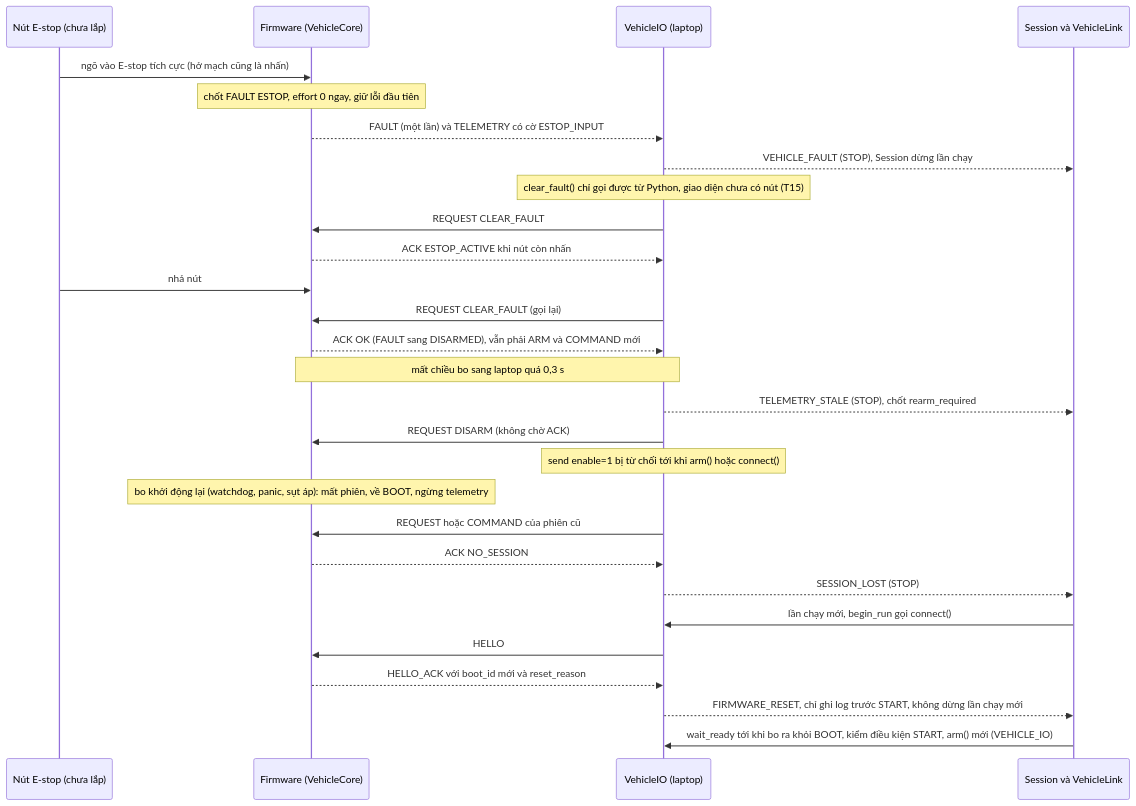
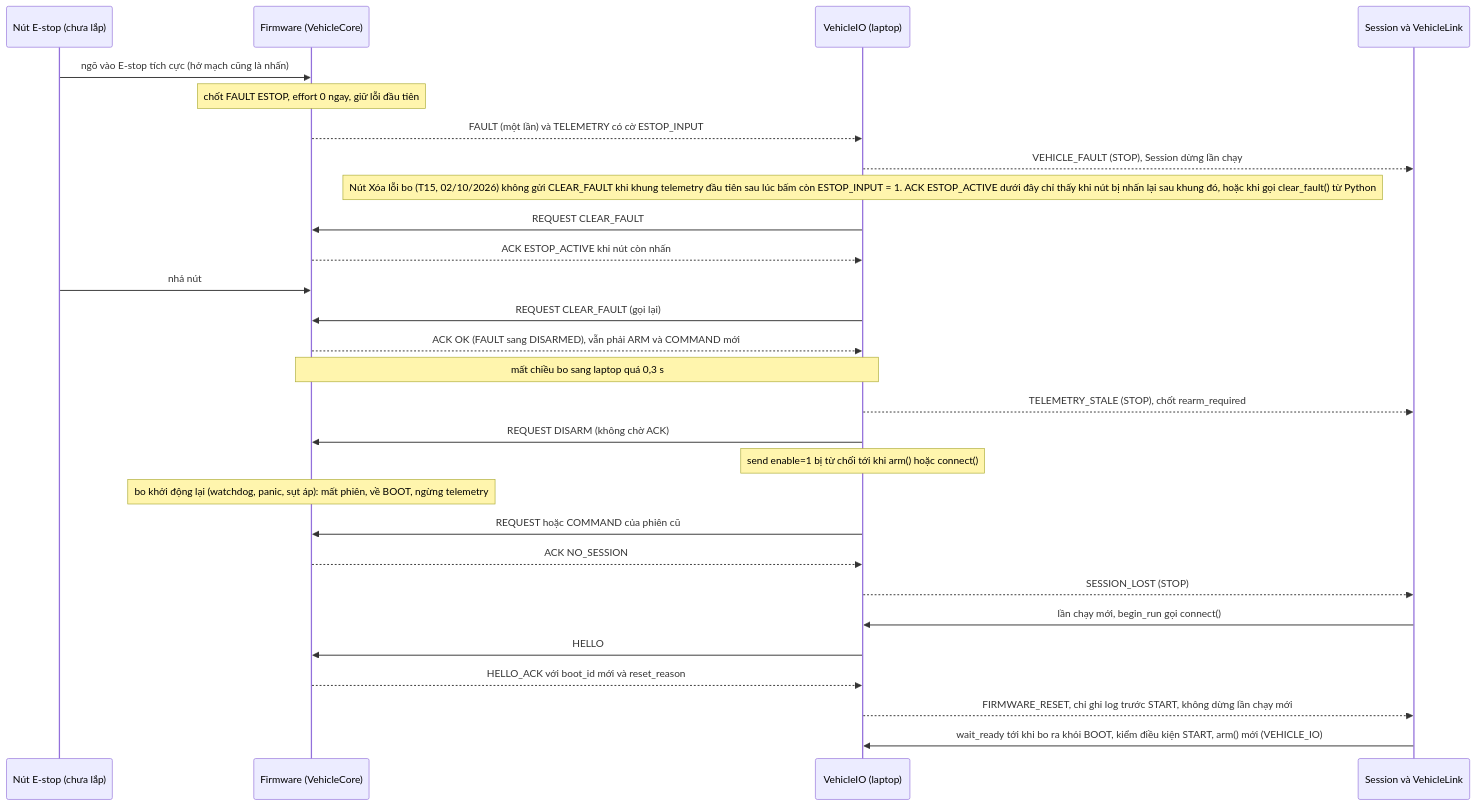
Diagram 35 of 49 in autopark/docs/SO_DO_HE_THONG.md (thbn12082/autopark), drawn with Mermaid before and after one commit. The commit also changed other lines of this file and 82 other files, not shown here.

````diff
--- a/autopark/docs/SO_DO_HE_THONG.md
+++ b/autopark/docs/SO_DO_HE_THONG.md
@@ -1841,30 +1970,30 @@
 ```mermaid
 sequenceDiagram
     participant N as Nút E-stop (chưa lắp)
     participant B as Firmware (VehicleCore)
     participant IO as VehicleIO (laptop)
     participant S as Session và VehicleLink
     N->>B: ngõ vào E-stop tích cực (hở mạch cũng là nhấn)
     Note over B: chốt FAULT ESTOP, effort 0 ngay, giữ lỗi đầu tiên
     B-->>IO: FAULT (một lần) và TELEMETRY có cờ ESTOP_INPUT
     IO-->>S: VEHICLE_FAULT (STOP), Session dừng lần chạy
-    Note over IO: clear_fault() chỉ gọi được từ Python, giao diện chưa có nút (T15)
+    Note over IO: Nút Xóa lỗi bo (T15, 02/10/2026) không gửi CLEAR_FAULT khi khung telemetry đầu tiên sau lúc bấm còn ESTOP_INPUT = 1. ACK ESTOP_ACTIVE dưới đây chỉ thấy khi nút bị nhấn lại sau khung đó, hoặc khi gọi clear_fault() từ Python
     IO->>B: REQUEST CLEAR_FAULT
     B-->>IO: ACK ESTOP_ACTIVE khi nút còn nhấn
     N->>B: nhả nút
     IO->>B: REQUEST CLEAR_FAULT (gọi lại)
     B-->>IO: ACK OK (FAULT sang DISARMED), vẫn phải ARM và COMMAND mới
     Note over IO,B: mất chiều bo sang laptop quá 0,3 s
     IO-->>S: TELEMETRY_STALE (STOP), chốt rearm_required
     IO->>B: REQUEST DISARM (không chờ ACK)
     Note over IO: send enable=1 bị từ chối tới khi arm() hoặc connect()
     Note over B: bo khởi động lại (watchdog, panic, sụt áp): mất phiên, về BOOT, ngừng telemetry
     IO->>B: REQUEST hoặc COMMAND của phiên cũ
     B-->>IO: ACK NO_SESSION
     IO-->>S: SESSION_LOST (STOP)
     S->>IO: lần chạy mới, begin_run gọi connect()
     IO->>B: HELLO
     B-->>IO: HELLO_ACK với boot_id mới và reset_reason
     IO-->>S: FIRMWARE_RESET, chỉ ghi log trước START, không dừng lần chạy mới
     S->>IO: wait_ready tới khi bo ra khỏi BOOT, kiểm điều kiện START, arm() mới (VEHICLE_IO)
 ```
````
